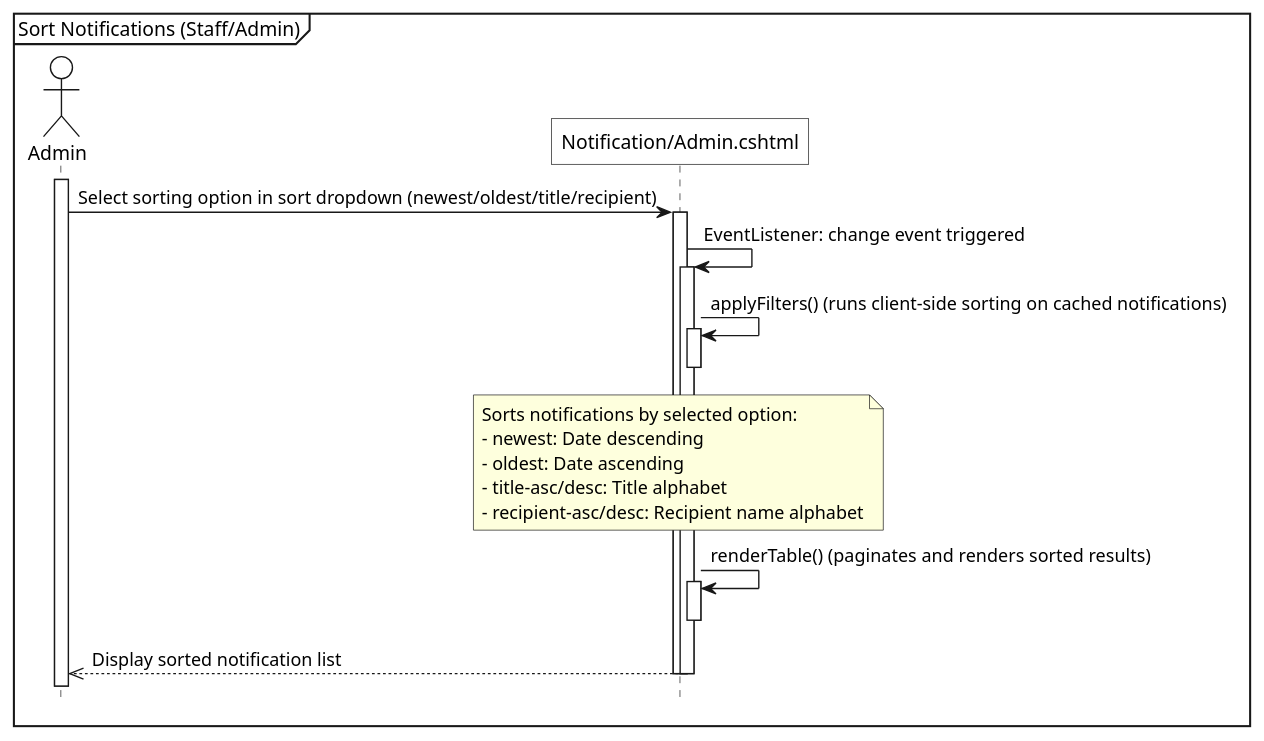
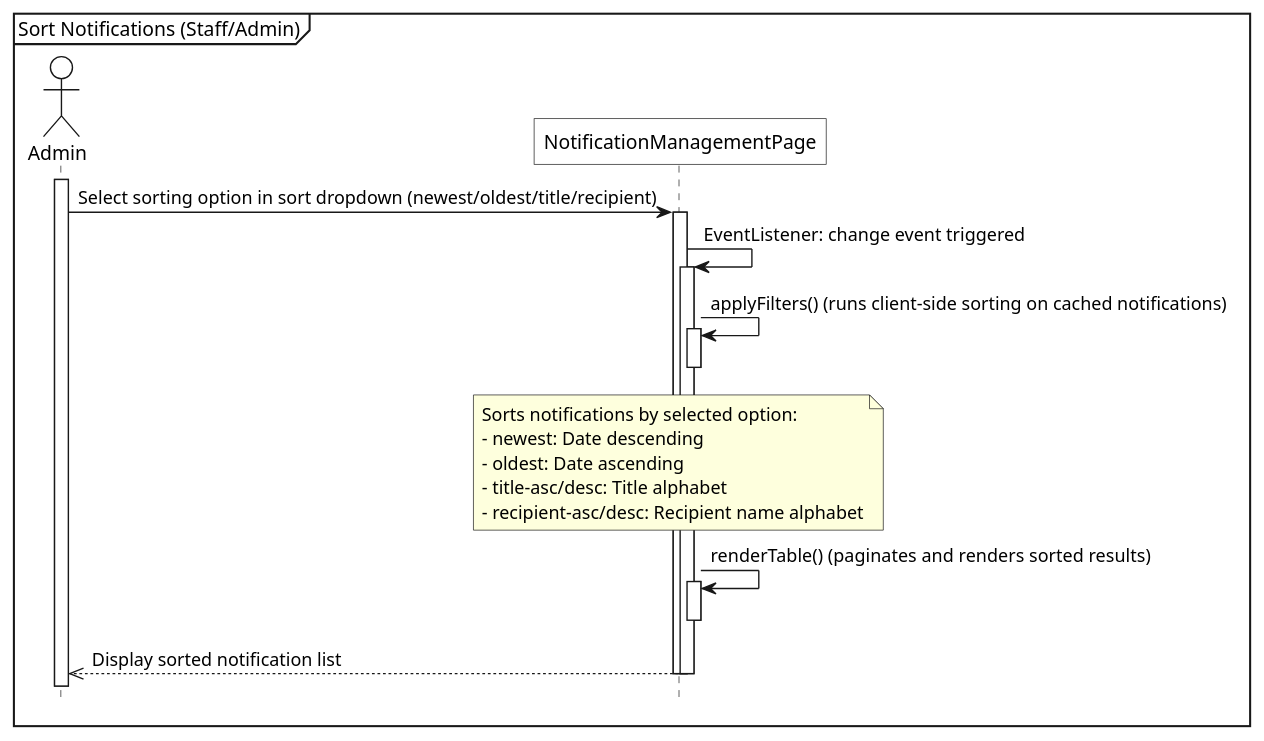
Before and after one commit to 1000do/Linked: the diagram in diagrams/sequence/notification/sq_sort_notifications.plantuml, drawn with PlantUML. The commit also changed 46 other files, not shown here.

Commit message:
feat: implement Cart, Notification, and Instructor Approval services and document related workflows with class and sequence diagrams

```diff
--- a/diagrams/sequence/notification/sq_sort_notifications.plantuml
+++ b/diagrams/sequence/notification/sq_sort_notifications.plantuml
@@ -1,54 +1,54 @@
 @startuml
 <style>
     sequenceDiagram{
         actor{
             BackgroundColor white
             LineThickness 1.0
         }
         participant{
             BackgroundColor white
             RoundCorner 0
         }
         database{
             BackgroundColor white
         }
         groupHeader{
             BackgroundColor white
         }
         referenceHeader{
             BackgroundColor white
         }
         reference{
             BackgroundColor white
         }
     }
 </style>
 
 hide footbox
 
 mainframe Sort Notifications (Staff/Admin)
 
 actor Admin as act
-participant "Notification/Admin.cshtml" as view
+participant "NotificationManagementPage" as view
 
 act++
 act->view++: Select sorting option in sort dropdown (newest/oldest/title/recipient)
 view->view++: EventListener: change event triggered
 
 view->view++: applyFilters() (runs client-side sorting on cached notifications)
 note over view
     Sorts notifications by selected option:
     - newest: Date descending
     - oldest: Date ascending
     - title-asc/desc: Title alphabet
     - recipient-asc/desc: Recipient name alphabet
 end note
 view--
 
 view->view++: renderTable() (paginates and renders sorted results)
 view--
 
 view-->>act: Display sorted notification list
 deactivate view
 deactivate view
 @enduml
```
